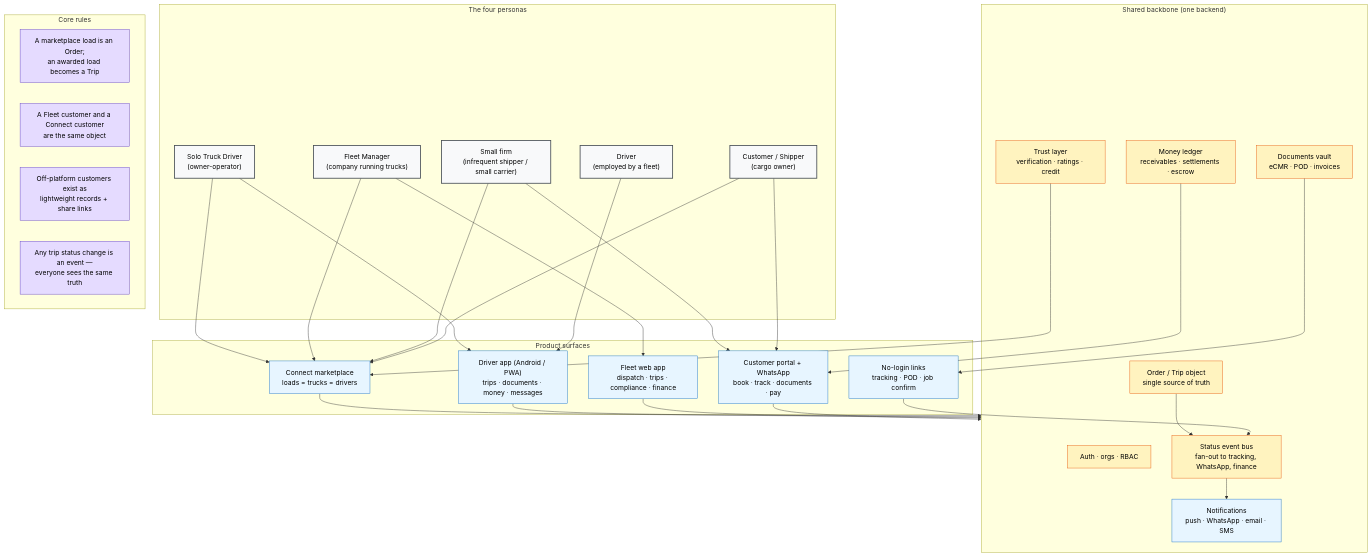
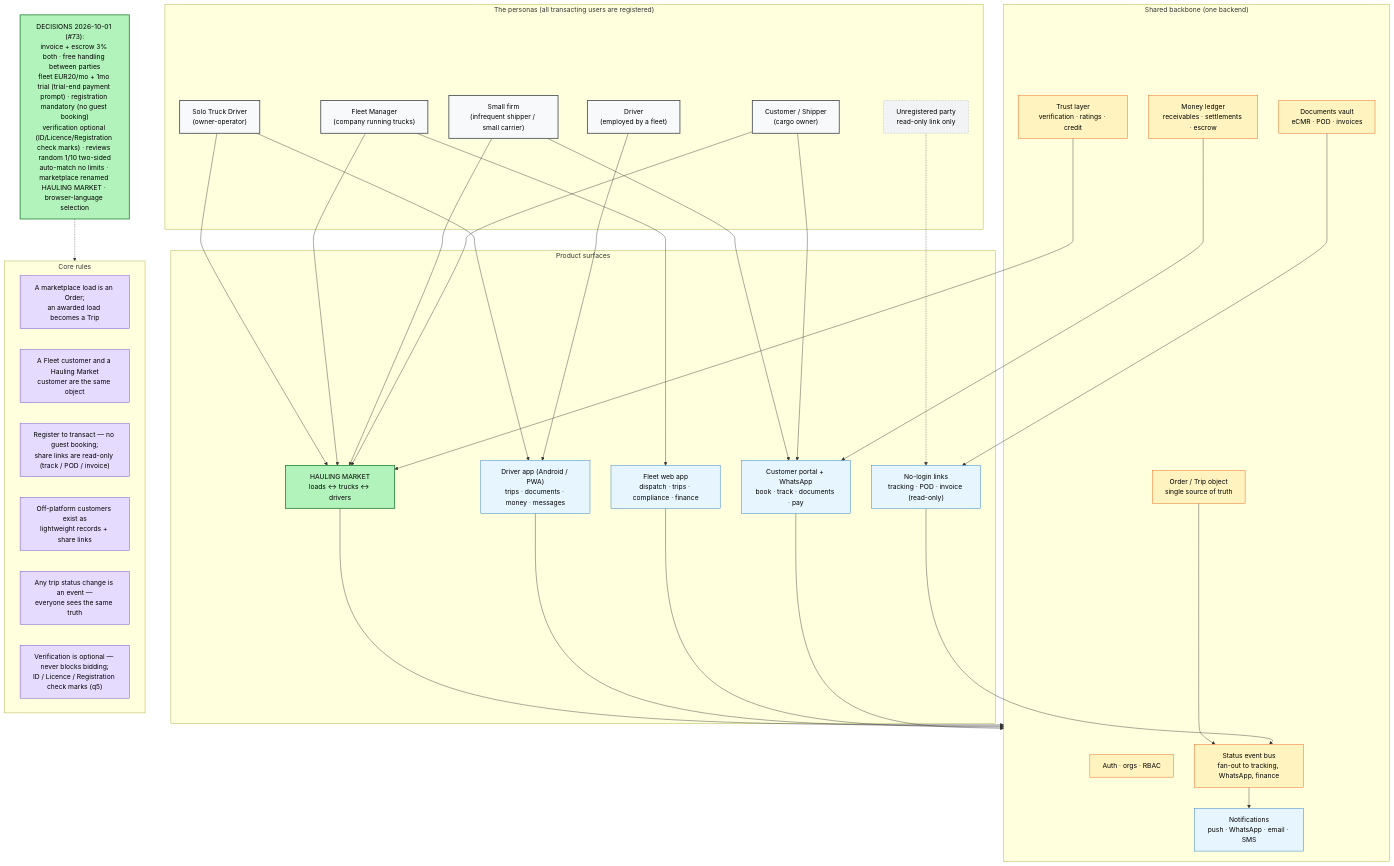
The diagram in docs/ux-flows/00-platform-map.mmd (ugry/roadwisefleet), drawn with Mermaid before and after one commit. The commit also changed 19 other files, not shown here.

First line of the commit message:
docs(ux-flows): land the redesigned UX information flow v2 (board #101)

```diff
--- a/docs/ux-flows/00-platform-map.mmd
+++ b/docs/ux-flows/00-platform-map.mmd
@@ -1,60 +1,69 @@
 flowchart TD
     classDef human fill:#f8f9fa,stroke:#495057,color:#000,stroke-width:2px
     classDef surface fill:#e7f5ff,stroke:#1971c2,color:#000
     classDef core fill:#fff3bf,stroke:#e8590c,color:#000
     classDef infra fill:#e5dbff,stroke:#5f3dc4,color:#000
+    classDef new fill:#b2f2bb,stroke:#2b8a3e,color:#000,stroke-width:2px
+    classDef off fill:#f1f3f5,stroke:#adb5bd,color:#000,stroke-dasharray:4 3
 
-    subgraph PEOPLE["The four personas"]
+    subgraph PEOPLE["The personas (all transacting users are registered)"]
         P1["Customer / Shipper<br/>(cargo owner)"]:::human
         P2["Small firm<br/>(infrequent shipper / small carrier)"]:::human
         P3["Fleet Manager<br/>(company running trucks)"]:::human
         P4["Driver<br/>(employed by a fleet)"]:::human
         P5["Solo Truck Driver<br/>(owner-operator)"]:::human
+        P6["Unregistered party<br/>read-only link only"]:::off
     end
 
     subgraph SURFACES["Product surfaces"]
         S1["Customer portal + WhatsApp<br/>book · track · documents · pay"]:::surface
         S2["Fleet web app<br/>dispatch · trips · compliance · finance"]:::surface
         S3["Driver app (Android / PWA)<br/>trips · documents · money · messages"]:::surface
-        S4["Connect marketplace<br/>loads = trucks = drivers"]:::surface
-        S5["No-login links<br/>tracking · POD · job confirm"]:::surface
+        S4["HAULING MARKET<br/>loads ↔ trucks ↔ drivers"]:::new
+        S5["No-login links<br/>tracking · POD · invoice (read-only)"]:::surface
     end
 
     subgraph BACKBONE["Shared backbone (one backend)"]
         B1["Auth · orgs · RBAC"]:::core
         B2["Order / Trip object<br/>single source of truth"]:::core
         B3["Status event bus<br/>fan-out to tracking, WhatsApp, finance"]:::core
         B4["Documents vault<br/>eCMR · POD · invoices"]:::core
         B5["Money ledger<br/>receivables · settlements · escrow"]:::core
         B6["Trust layer<br/>verification · ratings · credit"]:::core
         B7["Notifications<br/>push · WhatsApp · email · SMS"]:::surface
     end
 
     P1 --> S1
     P1 --> S4
     P2 --> S4
     P2 --> S1
     P3 --> S2
     P3 --> S4
     P4 --> S3
     P5 --> S4
     P5 --> S3
+    P6 -.-> S5
 
     S1 --> BACKBONE
     S2 --> BACKBONE
     S3 --> BACKBONE
     S4 --> BACKBONE
     S5 --> B3
 
     B2 --> B3
     B3 --> B7
     B4 --> S5
     B5 --> S1
     B6 --> S4
 
     subgraph RULES["Core rules"]
         R1["A marketplace load is an Order;<br/>an awarded load becomes a Trip"]:::infra
-        R2["A Fleet customer and a Connect customer<br/>are the same object"]:::infra
-        R3["Off-platform customers exist as<br/>lightweight records + share links"]:::infra
-        R4["Any trip status change is an event —<br/>everyone sees the same truth"]:::infra
+        R2["A Fleet customer and a Hauling Market<br/>customer are the same object"]:::infra
+        R3["Register to transact — no guest booking;<br/>share links are read-only (track / POD / invoice)"]:::infra
+        R4["Off-platform customers exist as<br/>lightweight records + share links"]:::infra
+        R5["Any trip status change is an event —<br/>everyone sees the same truth"]:::infra
+        R6["Verification is optional — never blocks bidding;<br/>ID / Licence / Registration check marks (q5)"]:::infra
     end
+
+    DEC["DECISIONS 2026-10-01 (#73):<br/>invoice + escrow 3% both · free handling between parties<br/>fleet EUR20/mo + 1mo trial (trial-end payment prompt) · registration mandatory (no guest booking)<br/>verification optional (ID/Licence/Registration check marks) · reviews random 1/10 two-sided<br/>auto-match no limits · marketplace renamed HAULING MARKET · browser-language selection"]:::new
+    DEC -.-> RULES
```
